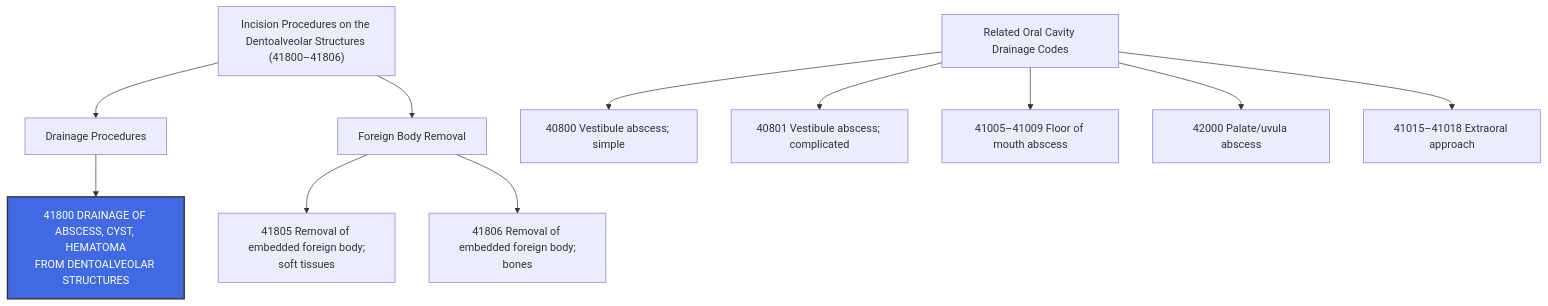
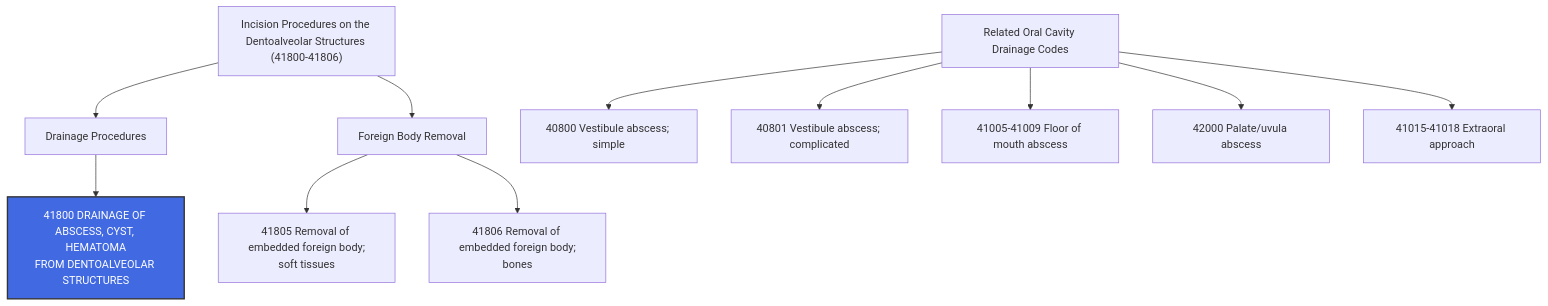
Before and after one commit to crmills81/MCW_Coder_Hub: the diagram in content/50 Medical Coding/CPT Codes/41800.md, drawn with Mermaid. The commit also changed other lines of this file and 72 other files, not shown here.

````diff
--- a/content/50 Medical Coding/CPT Codes/41800.md
+++ b/content/50 Medical Coding/CPT Codes/41800.md
@@ -139,17 +139,17 @@
 ```mermaid
 flowchart TD
-    A["Incision Procedures on the Dentoalveolar Structures (41800–41806)"] --> B["Drainage Procedures"]
+    A["Incision Procedures on the Dentoalveolar Structures (41800-41806)"] --> B["Drainage Procedures"]
     B --> C["41800 DRAINAGE OF ABSCESS, CYST, HEMATOMA\nFROM DENTOALVEOLAR STRUCTURES"]
 
     A --> D["Foreign Body Removal"]
     D --> E["41805 Removal of embedded foreign body;\nsoft tissues"]
     D --> F["41806 Removal of embedded foreign body;\nbones"]
 
     G["Related Oral Cavity Drainage Codes"] --> H["40800 Vestibule abscess; simple"]
     G --> I["40801 Vestibule abscess; complicated"]
-    G --> J["41005–41009 Floor of mouth abscess"]
+    G --> J["41005-41009 Floor of mouth abscess"]
     G --> K["42000 Palate/uvula abscess"]
-    G --> L["41015–41018 Extraoral approach"]
+    G --> L["41015-41018 Extraoral approach"]
 
     style C fill:#4169E1,stroke:#333,stroke-width:2px,color:white
 ```
````
